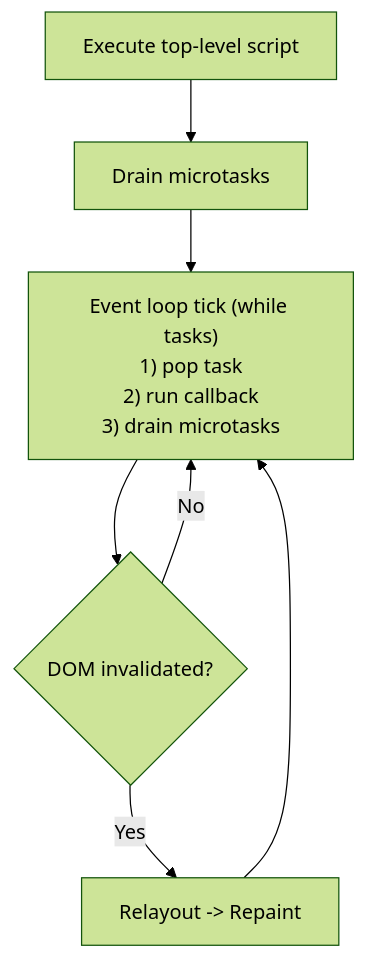
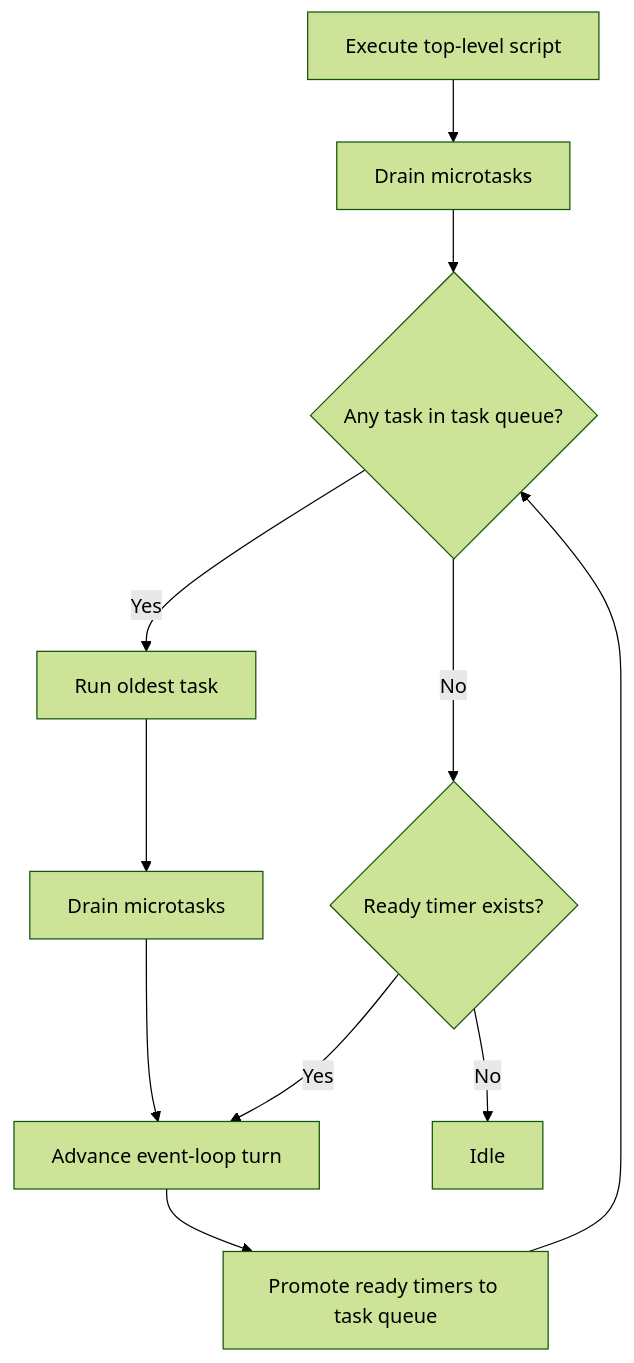
The diagram in docs/architecture/js-event-loop.md (pkaiy81/CosmoBrowse), drawn with Mermaid (forest theme) before and after one commit. The commit also changed other lines of this file and 1 other file, not shown here.

Commit message:
Refine hang metrics plan without changing AppMetricsSnapshot schema

````diff
--- a/docs/architecture/js-event-loop.md
+++ b/docs/architecture/js-event-loop.md
@@ -17,9 +19,13 @@
 ```mermaid
 flowchart TD
   A["Execute top-level script"] --> B["Drain microtasks"]
-  B --> C["Event loop tick (while tasks)\n1) pop task\n2) run callback\n3) drain microtasks"]
-  C --> D{"DOM invalidated?"}
-  D -->|"Yes"| E["Relayout -> Repaint"]
-  D -->|"No"| C
-  E --> C
+  B --> C{"Any task in task queue?"}
+  C -->|"Yes"| D["Run oldest task"]
+  D --> E["Drain microtasks"]
+  E --> F["Advance event-loop turn"]
+  F --> G["Promote ready timers to task queue"]
+  G --> C
+  C -->|"No"| H{"Ready timer exists?"}
+  H -->|"Yes"| F
+  H -->|"No"| I["Idle"]
 ```
````
